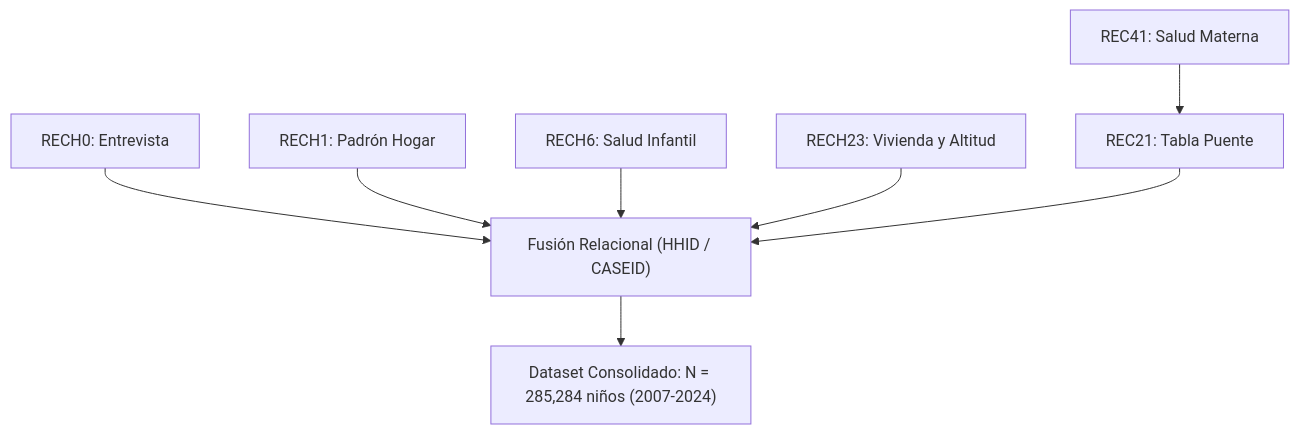
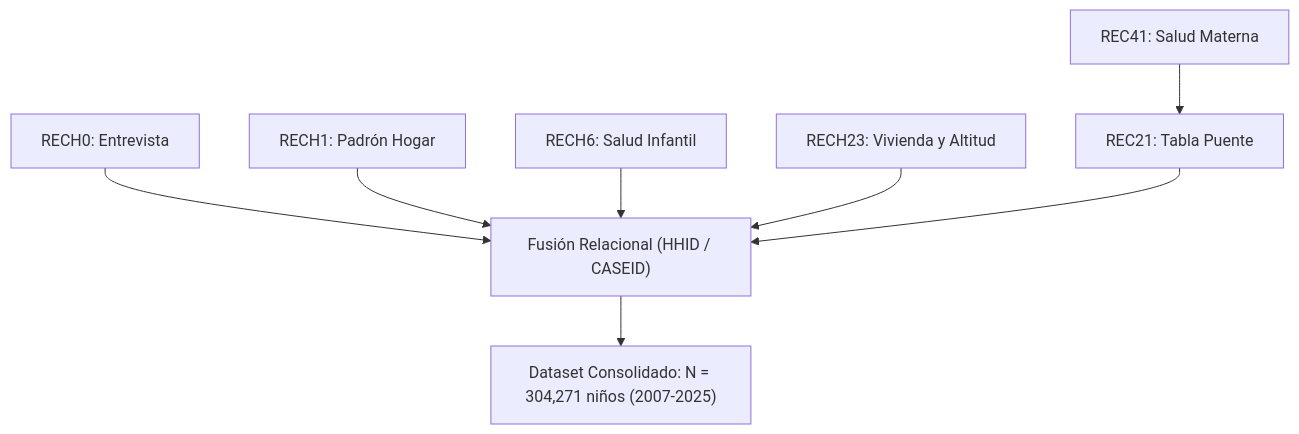
The first of 3 diagrams in docs/docs/metodologia_articulo.md (abelguevara-upeu/malnutrition-research), drawn with Mermaid before and after one commit. The commit also changed other lines of this file and 3 other files, not shown here.

````diff
--- a/docs/docs/metodologia_articulo.md
+++ b/docs/docs/metodologia_articulo.md
@@ -11,10 +11,10 @@
 ```mermaid
 graph TD
     A["RECH0: Entrevista"] --> E["Fusión Relacional (HHID / CASEID)"]
     B["RECH1: Padrón Hogar"] --> E
     C["RECH6: Salud Infantil"] --> E
     D["RECH23: Vivienda y Altitud"] --> E
     F["REC41: Salud Materna"] --> G["REC21: Tabla Puente"]
     G --> E
-    E --> H["Dataset Consolidado: N = 285,284 niños (2007-2024)"]
+    E --> H["Dataset Consolidado: N = 304,271 niños (2007-2025)"]
 ```
````
